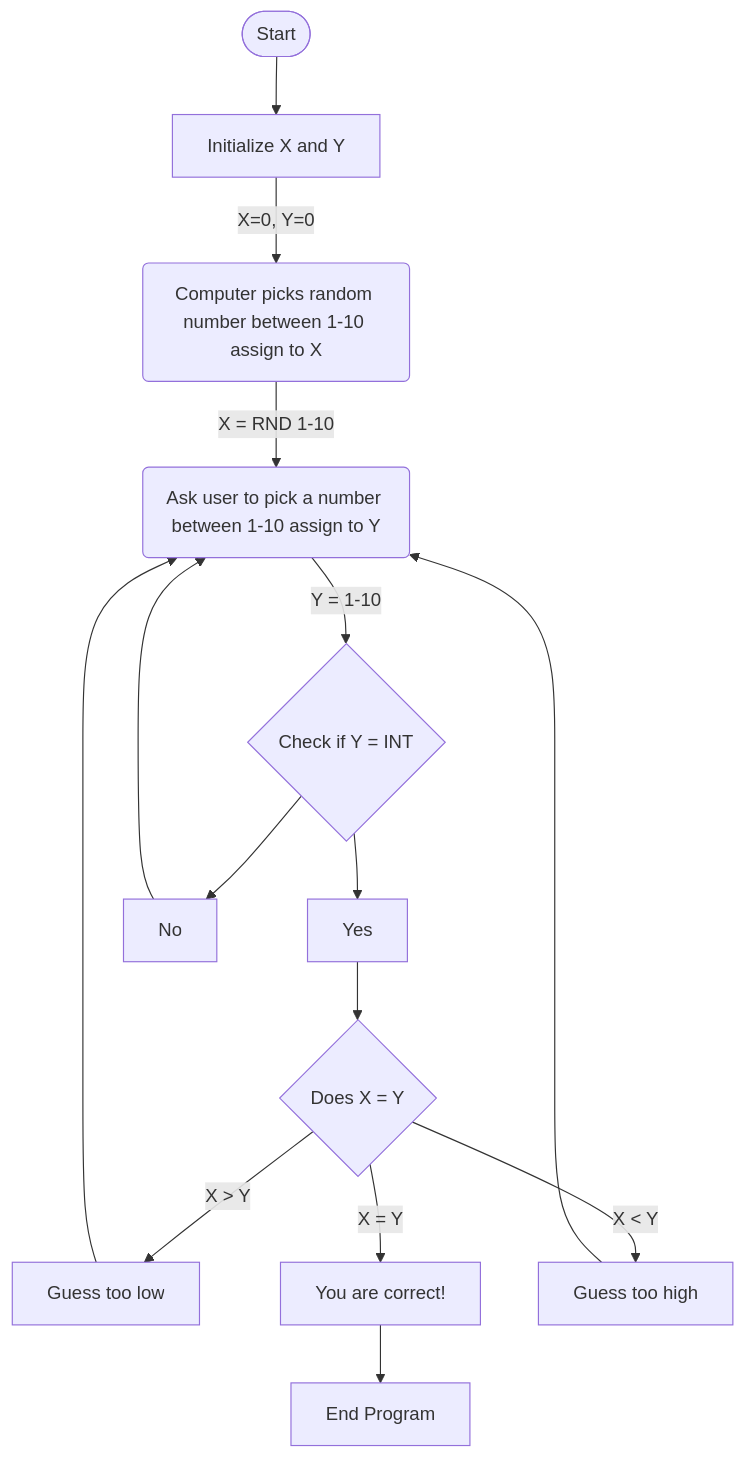
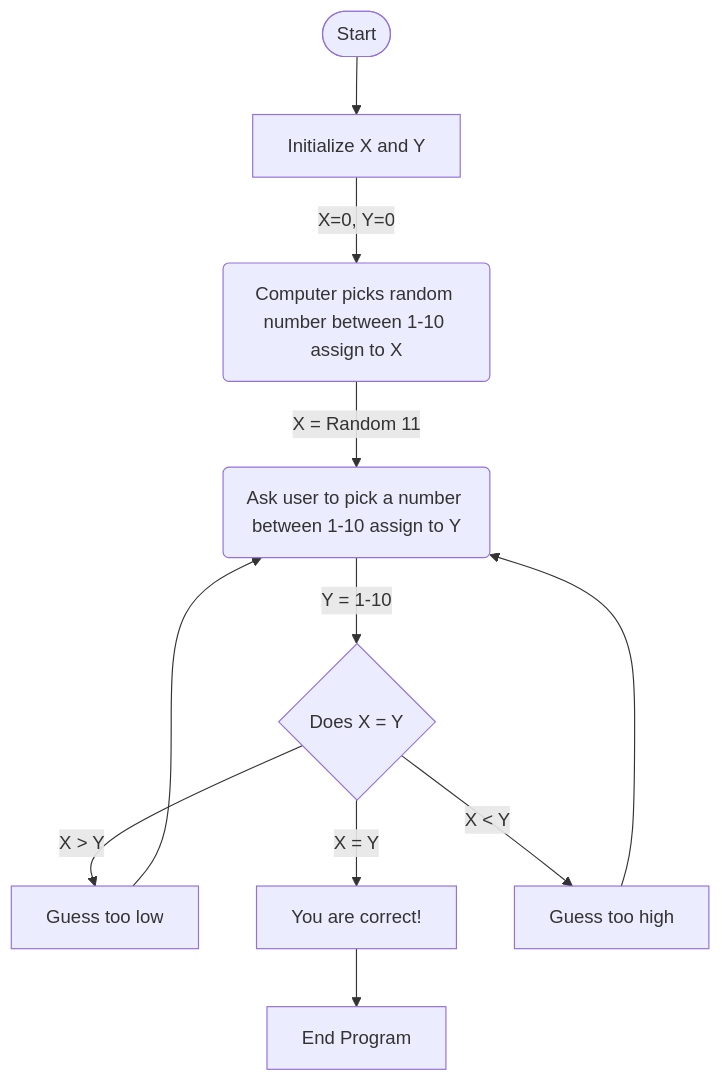
One commit to ansmith2/ansmith2.github.io changed the diagram in Guessing.md. Above: the diagram before and after it, drawn with Mermaid.

````diff
--- a/Guessing.md
+++ b/Guessing.md
@@ -1,12 +1,9 @@
 ```mermaid
 flowchart TD
 Start([Start]) -->
     A[Initialize X and Y] -->|X=0, Y=0| B(Computer picks random number between 1-10 assign to X)
-    B -->|X = RND 1-10| D(Ask user to pick a number between 1-10 assign to Y) -->|Y = 1-10| E
-    E{Check if Y = INT} -->
-    F[Yes] -->
-    I{Does X = Y} -->|X > Y| J[Guess too low] -->D
-    I -->|X = Y| K[You are correct!] --> M[End Program]
-    I -->|X < Y| L[Guess too high] -->D
-    E -->G[No] --> D
+    B -->|X = Random 11| C(Ask user to pick a number between 1-10 assign to Y) -->|Y = 1-10| D
+    D{Does X = Y} -->|X > Y| J[Guess too low] -->C
+    D -->|X = Y| E[You are correct!] --> M[End Program]
+    D -->|X < Y| F[Guess too high] -->C
 ```
````
